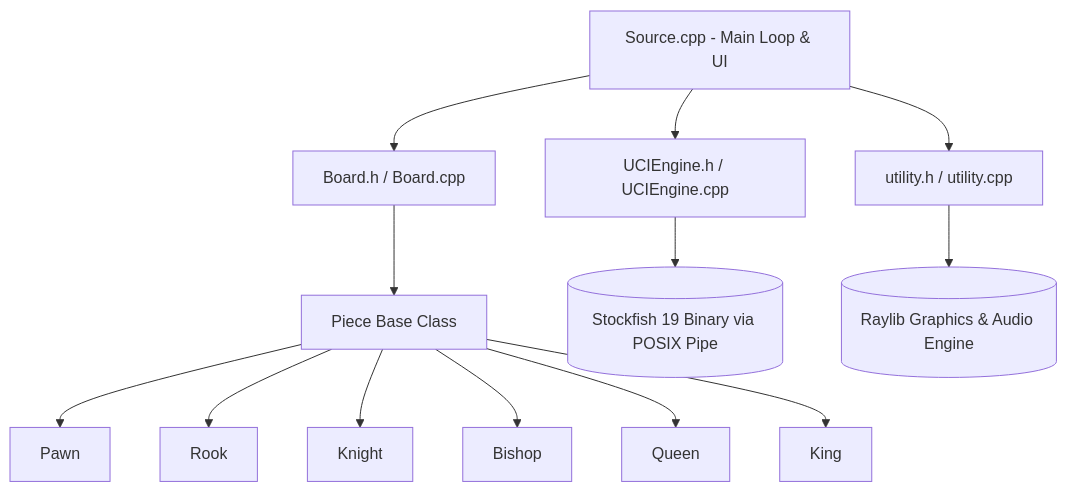
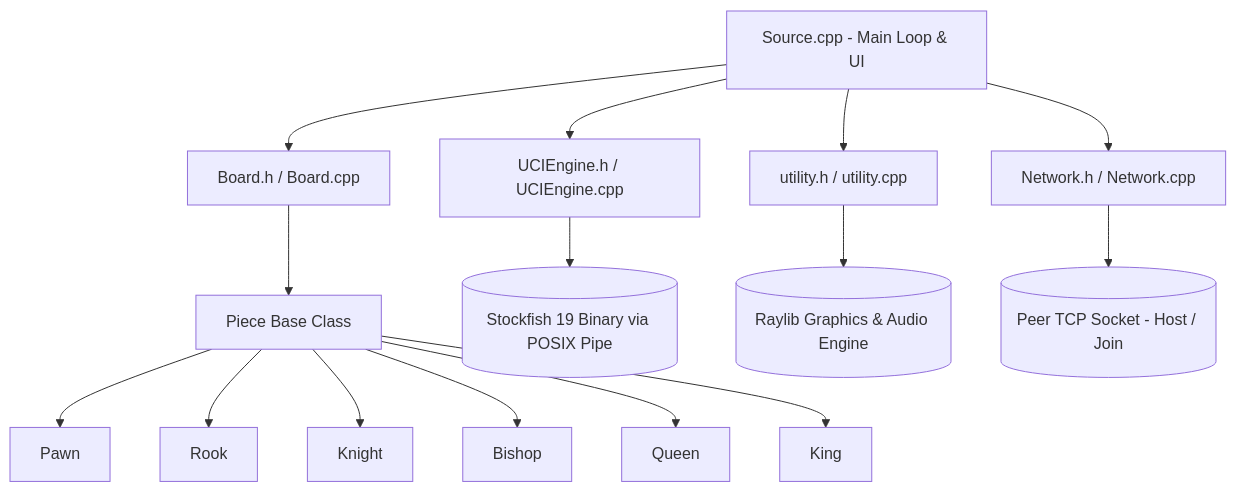
Before and after one commit to krishna247-hash/Chess-Engine: the diagram in README.md, drawn with Mermaid. The commit also changed other lines of this file and 6 other files, not shown here.

````diff
--- a/README.md
+++ b/README.md
@@ -76,17 +84,19 @@
 ```mermaid
 graph TD
     Main[Source.cpp - Main Loop & UI] --> Board[Board.h / Board.cpp]
     Main --> UCIEngine[UCIEngine.h / UCIEngine.cpp]
     Main --> Utility[utility.h / utility.cpp]
+    Main --> Network[Network.h / Network.cpp]
     
     Board --> Piece[Piece Base Class]
     Piece --> Pawn[Pawn]
     Piece --> Rook[Rook]
     Piece --> Knight[Knight]
     Piece --> Bishop[Bishop]
     Piece --> Queen[Queen]
     Piece --> King[King]
     
     UCIEngine --> Stockfish[(Stockfish 19 Binary via POSIX Pipe)]
     Utility --> Raylib[(Raylib Graphics & Audio Engine)]
+    Network --> TCP[(Peer TCP Socket - Host / Join)]
 ```
````
